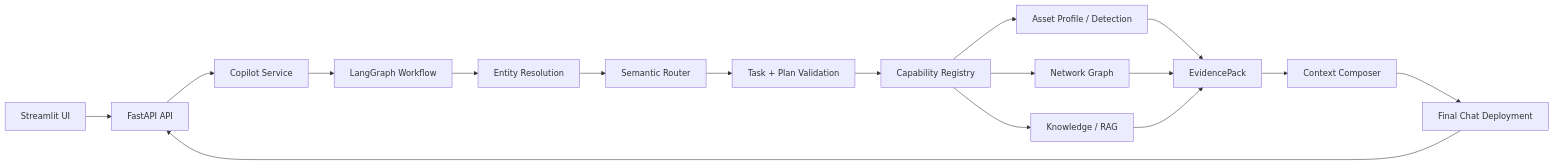
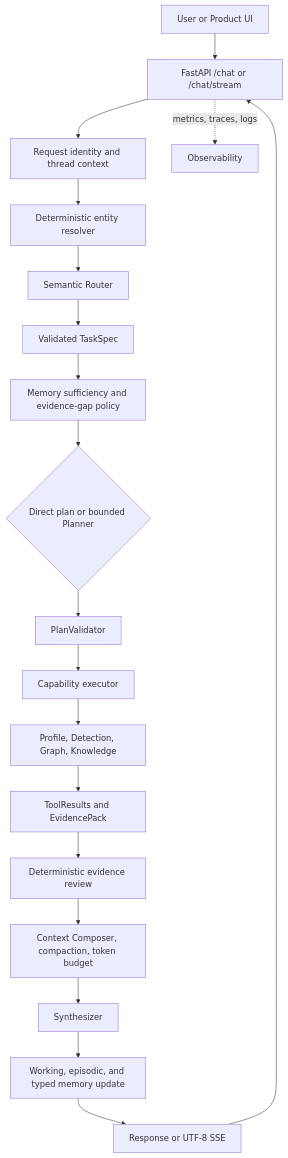
Before and after one commit to alirzx/Soorin_Copilot: the diagram in README.md, drawn with Mermaid. The commit also changed other lines of this file and 8 other files, not shown here.

````diff
--- a/README.md
+++ b/README.md
@@ -34,19 +12,21 @@
 ```mermaid
-flowchart LR
-    UI[Streamlit UI] --> API[FastAPI API]
-    API --> Service[Copilot Service]
-    Service --> Workflow[LangGraph Workflow]
-    Workflow --> Resolve[Entity Resolution]
-    Resolve --> Router[Semantic Router]
-    Router --> Validate[Task + Plan Validation]
-    Validate --> Caps[Capability Registry]
-    Caps --> Product[Asset Profile / Detection]
-    Caps --> Graph[Network Graph]
-    Caps --> RAG[Knowledge / RAG]
-    Product --> Evidence[EvidencePack]
-    Graph --> Evidence
-    RAG --> Evidence
-    Evidence --> Composer[Context Composer]
-    Composer --> LLM[Final Chat Deployment]
-    LLM --> API
+flowchart TD
+    U[User or Product UI] --> API[FastAPI /chat or /chat/stream]
+    API --> ID[Request identity and thread context]
+    ID --> ER[Deterministic entity resolver]
+    ER --> RT[Semantic Router]
+    RT --> TS[Validated TaskSpec]
+    TS --> GAP[Memory sufficiency and evidence-gap policy]
+    GAP --> PLAN{Direct plan or bounded Planner}
+    PLAN --> PV[PlanValidator]
+    PV --> EX[Capability executor]
+    EX --> E[Profile, Detection, Graph, Knowledge]
+    E --> EP[ToolResults and EvidencePack]
+    EP --> REV[Deterministic evidence review]
+    REV --> CC[Context Composer, compaction, token budget]
+    CC --> SYN[Synthesizer]
+    SYN --> MU[Working, episodic, and typed memory update]
+    MU --> OUT[Response or UTF-8 SSE]
+    OUT --> API
+    API -. metrics, traces, logs .-> OBS[Observability]
 ```
````
